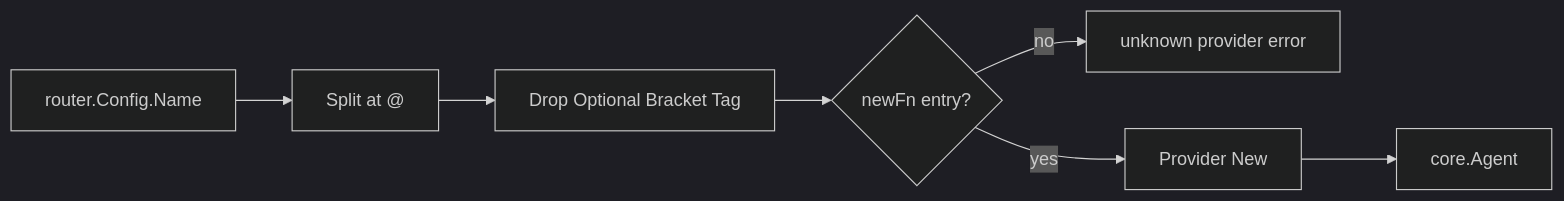
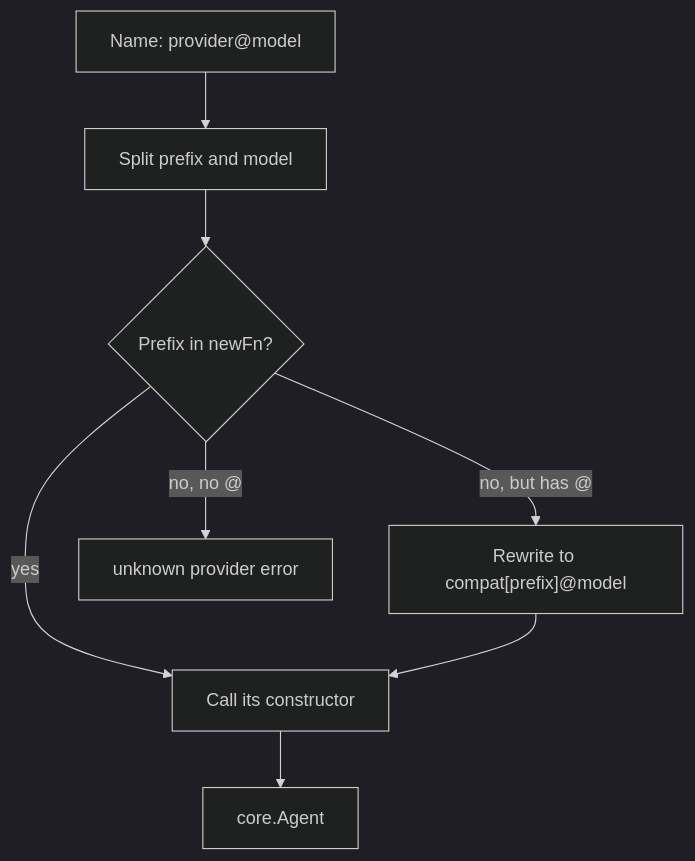
The third of 11 diagrams in doc/architecture.md (pardnchiu/go-llm-router), drawn with Mermaid (dark theme) before and after one commit. The commit also changed other lines of this file and 5 other files, not shown here.

Commit message:
doc: Rewrite documentation for the current router architecture

````diff
--- a/doc/architecture.md
+++ b/doc/architecture.md
@@ -101,14 +78,10 @@
 ```mermaid
-flowchart LR
-    Name[router.Config.Name]
-    Prefix[Split at @]
-    Tag[Drop Optional Bracket Tag]
-    Lookup{newFn entry?}
-    Error[unknown provider error]
-    Factory[Provider New]
-    Agent[core.Agent]
-
-    Name --> Prefix --> Tag --> Lookup
-    Lookup -->|no| Error
-    Lookup -->|yes| Factory --> Agent
+graph TB
+    Name["Name: provider@model"] --> Cut[Split prefix and model]
+    Cut --> Lookup{Prefix in newFn?}
+    Lookup -- yes --> Build[Call its constructor]
+    Lookup -- "no, but has @" --> Rewrite["Rewrite to compat[prefix]@model"]
+    Lookup -- "no, no @" --> Err[unknown provider error]
+    Rewrite --> Build
+    Build --> Agent[core.Agent]
 ```
````
